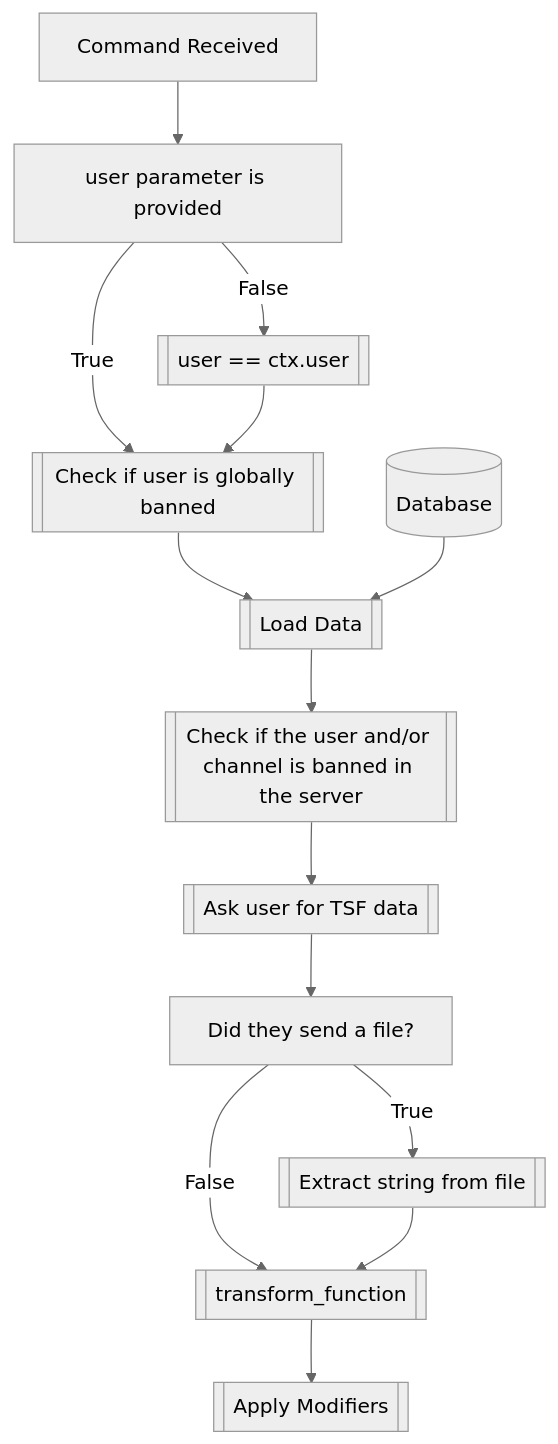
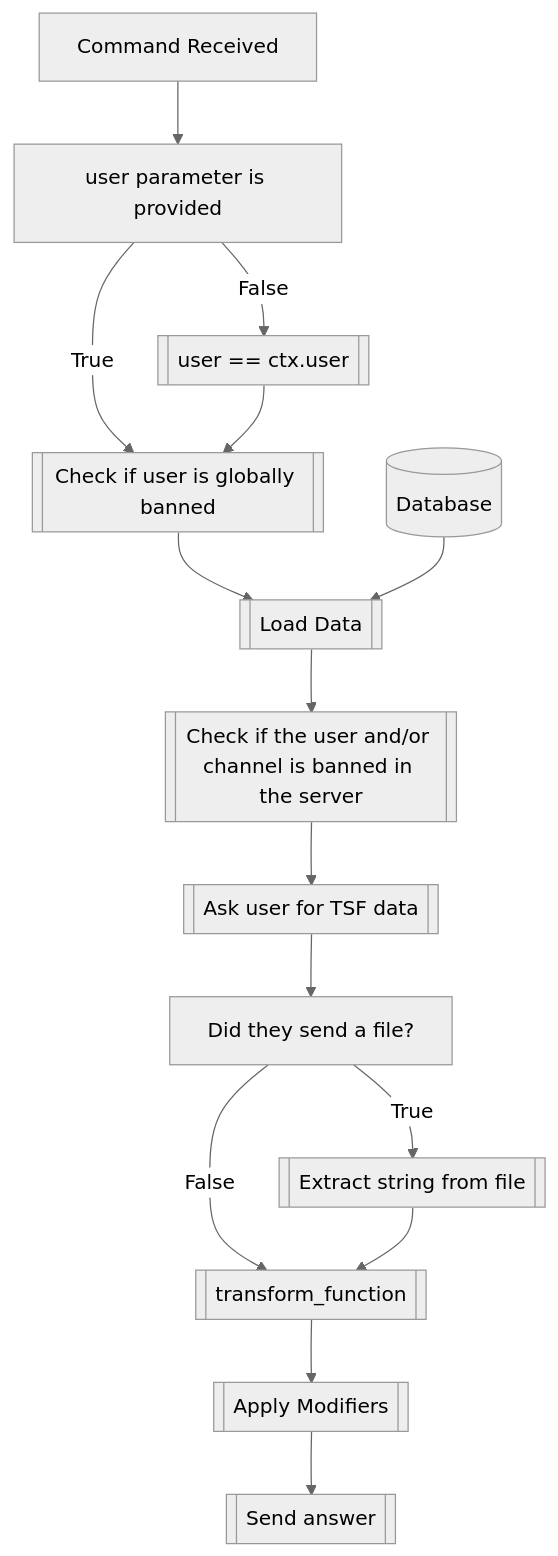
The diagram in docs/commands/transformation/import_tf.md (dorythecat/TransforMate), drawn with Mermaid (neutral theme) before and after one commit. The commit also changed 5 other files, not shown here.

Commit message:
Fixed flowcharts and some typos

````diff
--- a/docs/commands/transformation/import_tf.md
+++ b/docs/commands/transformation/import_tf.md
@@ -16,16 +16,17 @@
 ```mermaid
 flowchart TD
     CommandReceived[Command Received] --> CheckUser[user parameter is provided]
     CheckUser --> |False| AssignUser[[user == ctx.user]]
     CheckUser --> |True| CheckBannedGlobal[[Check if user is globally banned]]
     AssignUser --> CheckBannedGlobal
     CheckBannedGlobal --> LoadData[[Load Data]]
     Database[(Database)] --> LoadData
     LoadData --> CheckBanned[[Check if the user and/or channel is banned in the server]]
     CheckBanned --> GetData[[Ask user for TSF data]]
     GetData --> CheckFile[Did they send a file?]
     CheckFile --> |True| ProcessFile[[Extract string from file]]
-    CheckFile --> |False| transform_function[[transform_function]]
-    ProcessFile --> transform_function
-    transform_function --> AppyModifiers[[Apply Modifiers]]
+    CheckFile --> |False| TransformFunction[[transform_function]]
+    ProcessFile --> TransformFunction
+    TransformFunction --> ApplyModifiers[[Apply Modifiers]]
+    ApplyModifiers --> SendAnswer[[Send answer]]
 ```
````
